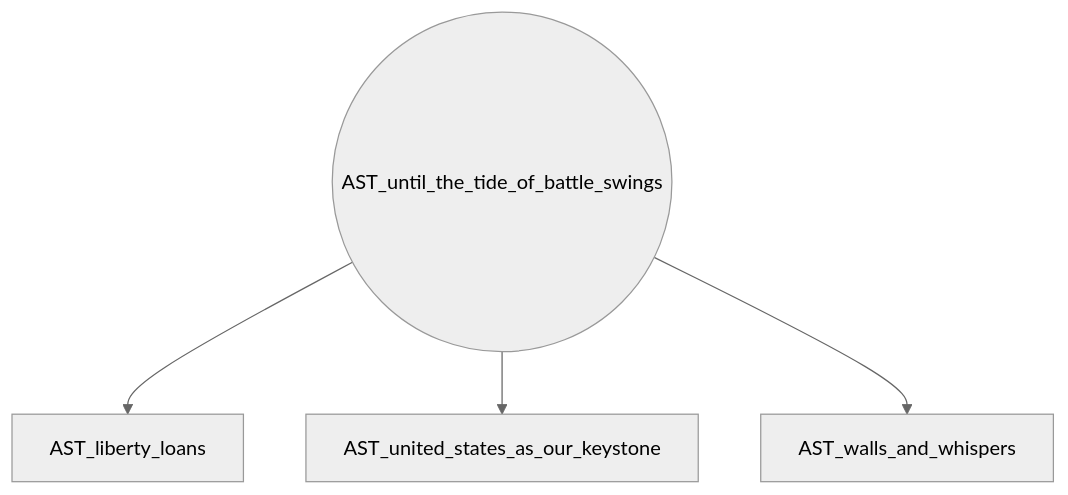
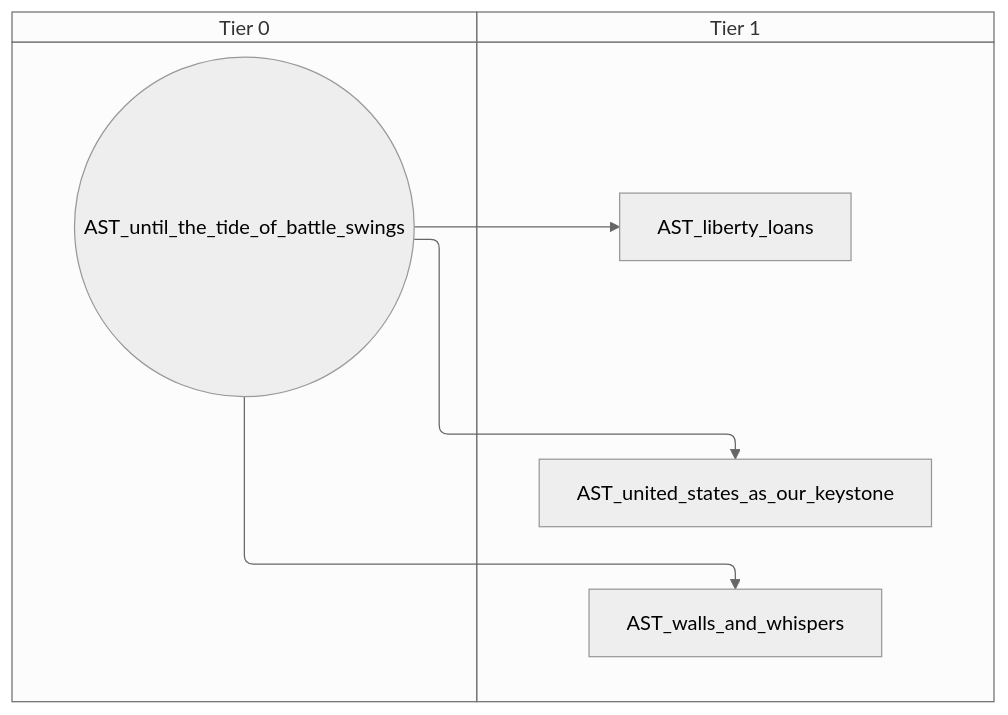
Before and after one commit to evgeny-sobol/hoi4-sandbox-mode: diagram 14 of 15 in docs/gdd/National Focuses/australia_taog.md, drawn with Mermaid (neutral theme). The commit also changed other lines of this file and 80 other files, not shown here.

First line of the commit message:
Add swimlane mode to focus graph exporter

````diff
--- a/docs/gdd/National Focuses/australia_taog.md
+++ b/docs/gdd/National Focuses/australia_taog.md
@@ -652,10 +780,14 @@
 ```mermaid
-flowchart TD
-    n220["AST_liberty_loans"]
-    n221["AST_united_states_as_our_keystone"]
-    n222(("AST_until_the_tide_of_battle_swings"))
-    n223["AST_walls_and_whispers"]
-    n222 --> n220
-    n222 --> n221
-    n222 --> n223
+swimlane-beta TD
+    subgraph tier_0["Tier 0"]
+        n220(("AST_until_the_tide_of_battle_swings"))
+    end
+    subgraph tier_1["Tier 1"]
+        n221["AST_liberty_loans"]
+        n222["AST_united_states_as_our_keystone"]
+        n223["AST_walls_and_whispers"]
+    end
+    n220 --> n221
+    n220 --> n222
+    n220 --> n223
 ```
````
